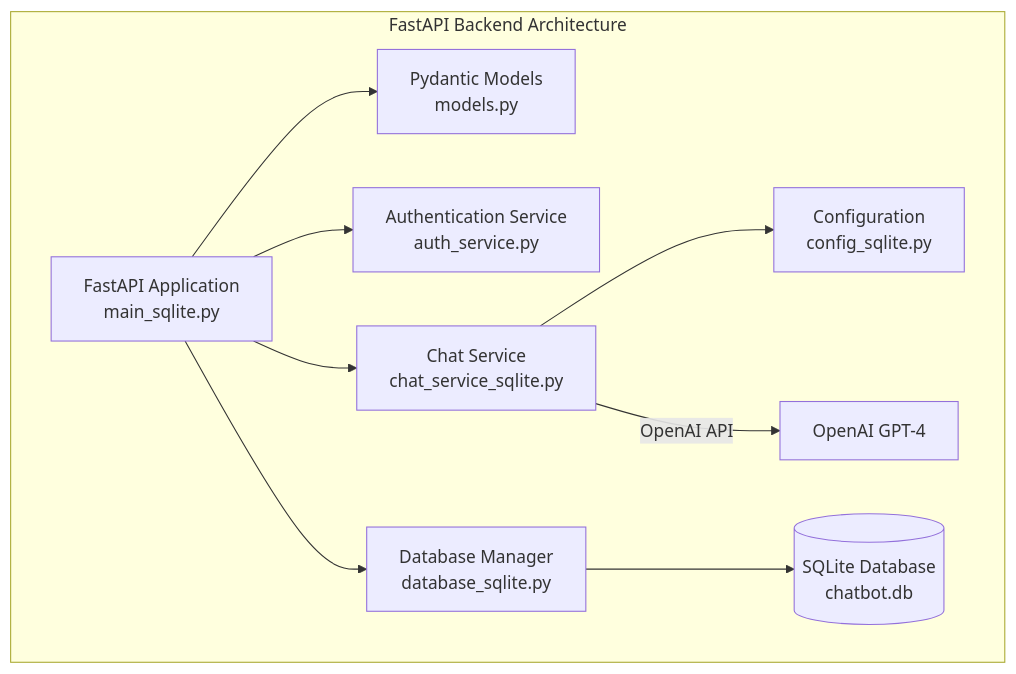
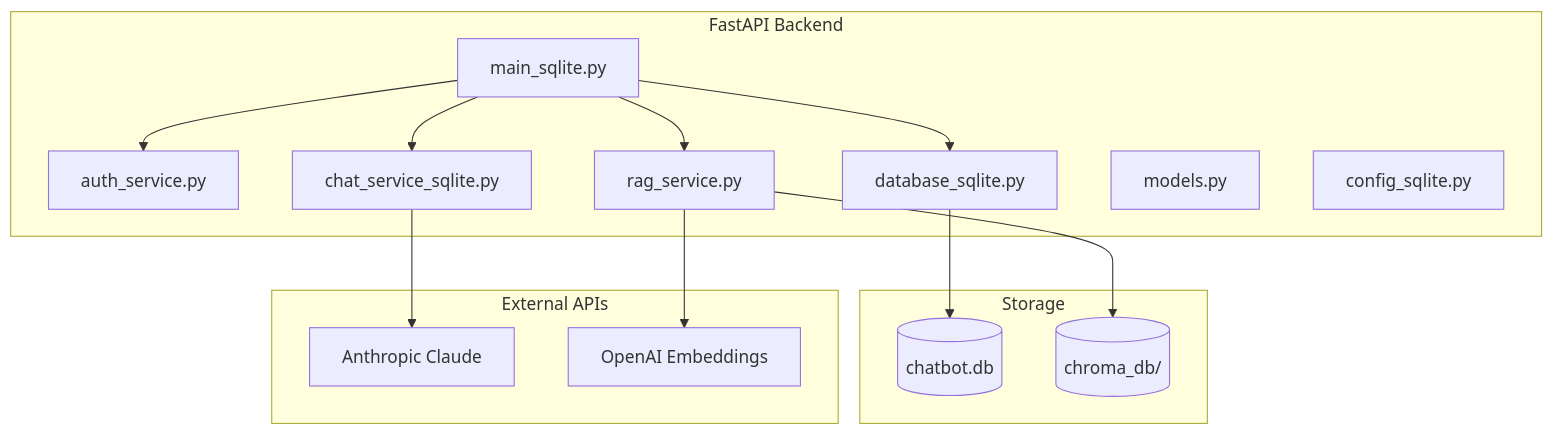
Before and after one commit to VimeansethThorng/fastapi-react-typescript-chatbot: the diagram in backend.md, drawn with Mermaid. The commit also changed other lines of this file and 5 other files, not shown here.

````diff
--- a/backend.md
+++ b/backend.md
@@ -17,20 +7,31 @@
 ```mermaid
 graph TB
-    subgraph "FastAPI Backend Architecture"
-        API[FastAPI Application<br/>main_sqlite.py]
-        MODELS[Pydantic Models<br/>models.py]
-        AUTH[Authentication Service<br/>auth_service.py]
-        CHAT_SERVICE[Chat Service<br/>chat_service_sqlite.py]
-        DB[Database Manager<br/>database_sqlite.py]
-        CONFIG[Configuration<br/>config_sqlite.py]
-        SQLITE[(SQLite Database<br/>chatbot.db)]
-        
-        API --> MODELS
-        API --> AUTH
-        API --> CHAT_SERVICE
-        API --> DB
-        CHAT_SERVICE --> CONFIG
-        DB --> SQLITE
-        CHAT_SERVICE --> |OpenAI API| OPENAI[OpenAI GPT-4]
+    subgraph "FastAPI Backend"
+        API[main_sqlite.py]
+        AUTH[auth_service.py]
+        CHAT[chat_service_sqlite.py]
+        RAG[rag_service.py]
+        DB[database_sqlite.py]
+        MODELS[models.py]
+        CONFIG[config_sqlite.py]
     end
+
+    subgraph "Storage"
+        SQLITE[(chatbot.db)]
+        CHROMA[(chroma_db/)]
+    end
+
+    subgraph "External APIs"
+        CLAUDE[Anthropic Claude]
+        OPENAI[OpenAI Embeddings]
+    end
+
+    API --> AUTH
+    API --> CHAT
+    API --> RAG
+    API --> DB
+    DB --> SQLITE
+    RAG --> CHROMA
+    CHAT --> CLAUDE
+    RAG --> OPENAI
 ```
````
